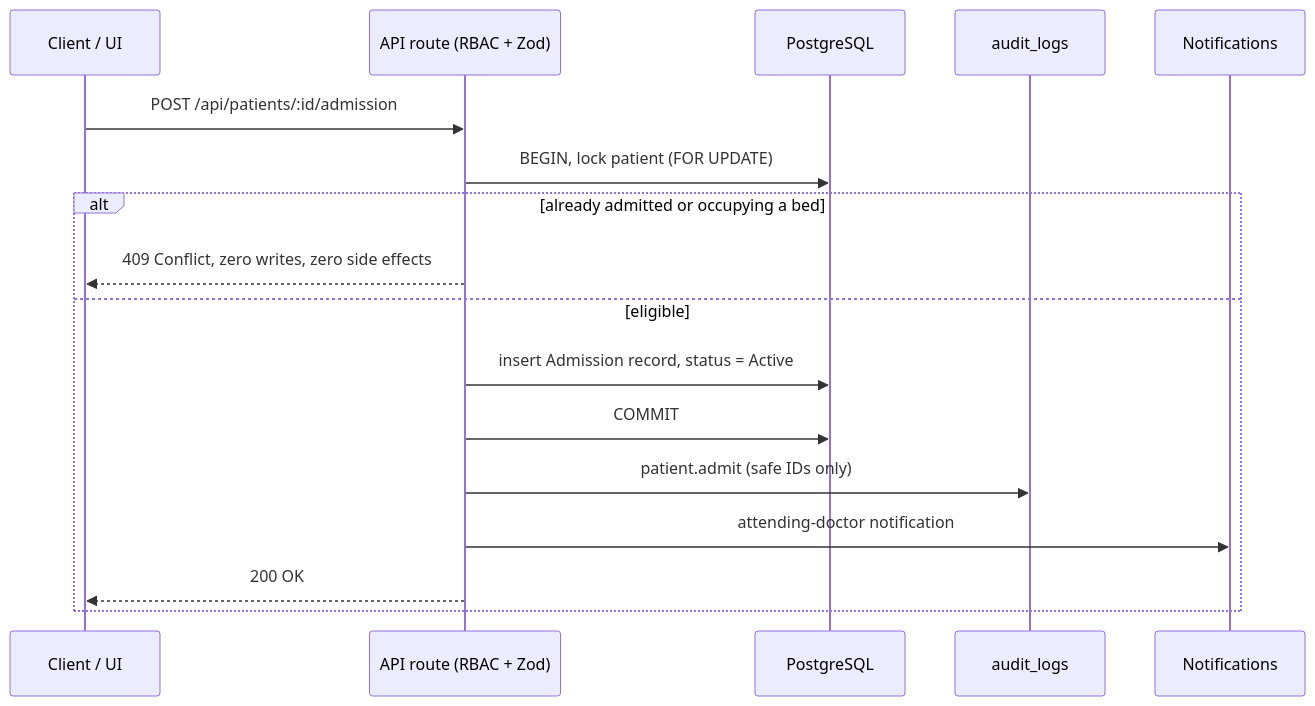
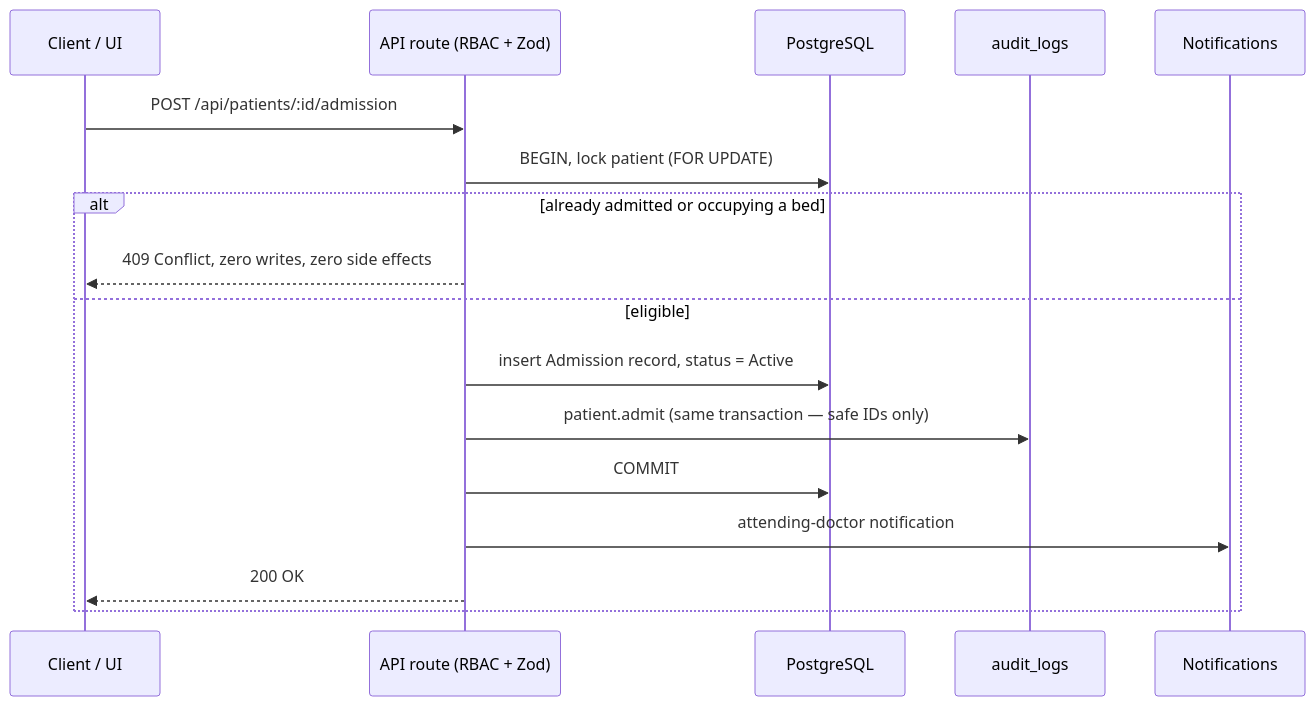
One commit to anuragY77/medcore-enterprise-hms changed the second of 2 diagrams in README.md. Above: the diagram before and after it, drawn with Mermaid. The commit also changed other lines of this file and 16 other files, not shown here.

````diff
--- a/README.md
+++ b/README.md
@@ -151,20 +151,20 @@
 ```mermaid
 sequenceDiagram
     participant UI as Client / UI
     participant API as API route (RBAC + Zod)
     participant DB as PostgreSQL
     participant AUD as audit_logs
     participant N as Notifications
 
     UI->>API: POST /api/patients/:id/admission
     API->>DB: BEGIN, lock patient (FOR UPDATE)
     alt already admitted or occupying a bed
         API-->>UI: 409 Conflict, zero writes, zero side effects
     else eligible
         API->>DB: insert Admission record, status = Active
+        API->>AUD: patient.admit (same transaction — safe IDs only)
         API->>DB: COMMIT
-        API->>AUD: patient.admit (safe IDs only)
         API->>N: attending-doctor notification
         API-->>UI: 200 OK
     end
 ```
````
